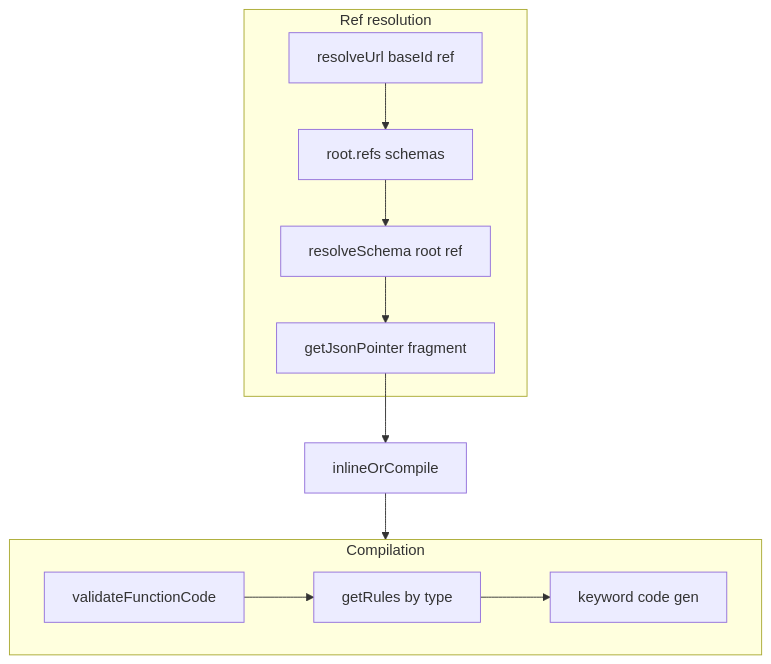
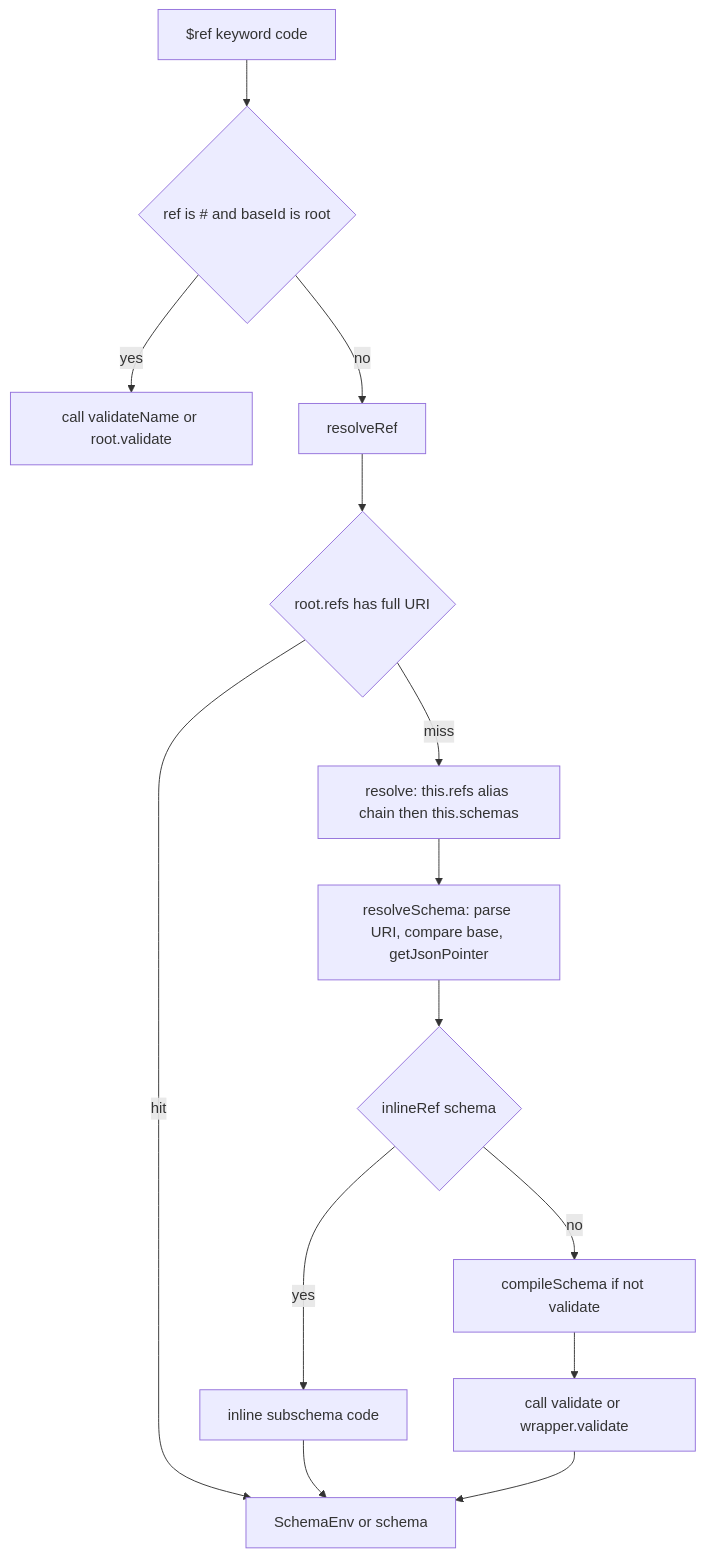
One commit to goddtriffin/json-schema-rs changed the second of 2 diagrams in research/reports/typescript/ajv-validator-ajv.md. Above: the diagram before and after it, drawn with Mermaid. The commit also changed other lines of this file and 51 other files, not shown here.

````diff
--- a/research/reports/typescript/ajv-validator-ajv.md
+++ b/research/reports/typescript/ajv-validator-ajv.md
@@ -122,21 +130,16 @@
 ```mermaid
 flowchart TB
-  subgraph refResolution [Ref resolution]
-    ResolveUrl[resolveUrl baseId ref]
-    RefsLookup[root.refs schemas]
-    ResolveSchema[resolveSchema root ref]
-    GetJsonPointer[getJsonPointer fragment]
-    ResolveUrl --> RefsLookup
-    RefsLookup --> ResolveSchema
-    ResolveSchema --> GetJsonPointer
-  end
-  subgraph compilation [Compilation]
-    ValidateFunctionCode[validateFunctionCode]
-    Rules[getRules by type]
-    Keywords[keyword code gen]
-    ValidateFunctionCode --> Rules
-    Rules --> Keywords
-  end
-  GetJsonPointer --> inlineOrCompile[inlineOrCompile]
-  inlineOrCompile --> compilation
+  RefKw["$ref keyword code"] --> RootCheck{"ref is # and baseId is root"}
+  RootCheck -- yes --> CallRoot[call validateName or root.validate]
+  RootCheck -- no --> ResolveRef[resolveRef]
+  ResolveRef --> RootRefs{"root.refs has full URI"}
+  RootRefs -- hit --> Result[SchemaEnv or schema]
+  RootRefs -- miss --> Resolve[resolve: this.refs alias chain then this.schemas]
+  Resolve --> ResolveSchema[resolveSchema: parse URI, compare base, getJsonPointer]
+  ResolveSchema --> InlineOrCompile{"inlineRef schema"}
+  InlineOrCompile -- yes --> InlineSchema[inline subschema code]
+  InlineOrCompile -- no --> CompileEnv[compileSchema if not validate]
+  CompileEnv --> CallValidate[call validate or wrapper.validate]
+  InlineSchema --> Result
+  CallValidate --> Result
 ```
````
